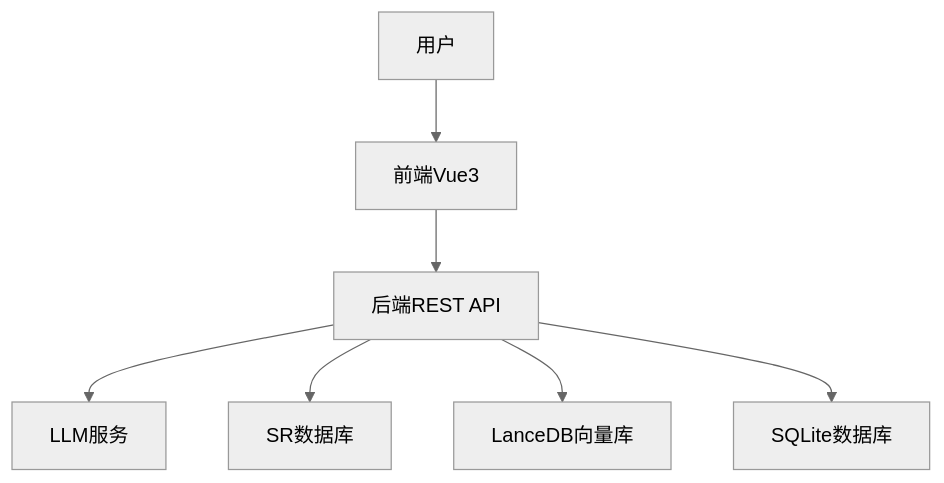
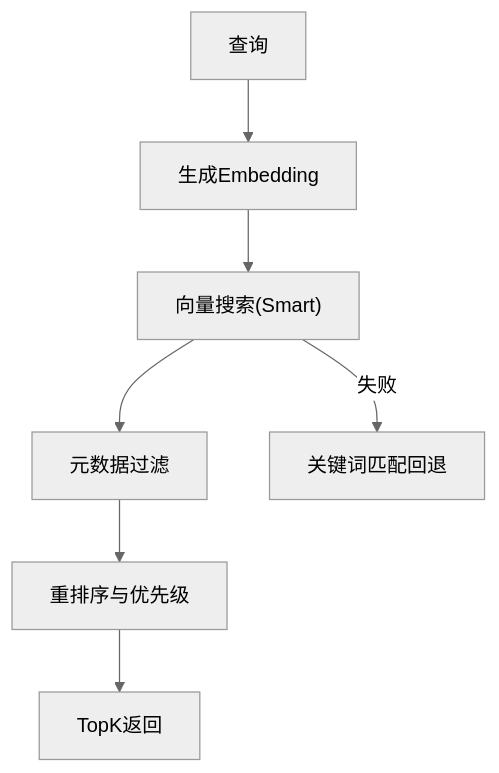
Before and after one commit to HanHuiOnLine/724-office: the ninth of 11 diagrams in NL2SQL/.qoder/repowiki/zh/content/系统架构/系统架构.md, drawn with Mermaid (neutral theme). The commit also changed other lines of this file and 203 other files, not shown here.

````diff
--- a/NL2SQL/.qoder/repowiki/zh/content/系统架构/系统架构.md
+++ b/NL2SQL/.qoder/repowiki/zh/content/系统架构/系统架构.md
@@ -357,16 +345,9 @@
 ```mermaid
-graph TB
-U["用户"]
-FE["前端Vue3"]
-API["后端REST API"]
-LLM["LLM服务"]
-DB["SR数据库"]
-LDB["LanceDB向量库"]
-SQLITE["SQLite数据库"]
-U --> FE
-FE --> API
-API --> LLM
-API --> DB
-API --> LDB
-API --> SQLITE
+flowchart TD
+Q["查询"] --> Embed["生成Embedding"]
+Embed --> Search["向量搜索(Smart)"]
+Search --> Filter["元数据过滤"]
+Filter --> Rank["重排序与优先级"]
+Rank --> TopK["TopK返回"]
+Search --> |失败| Fallback["关键词匹配回退"]
 ```
````
